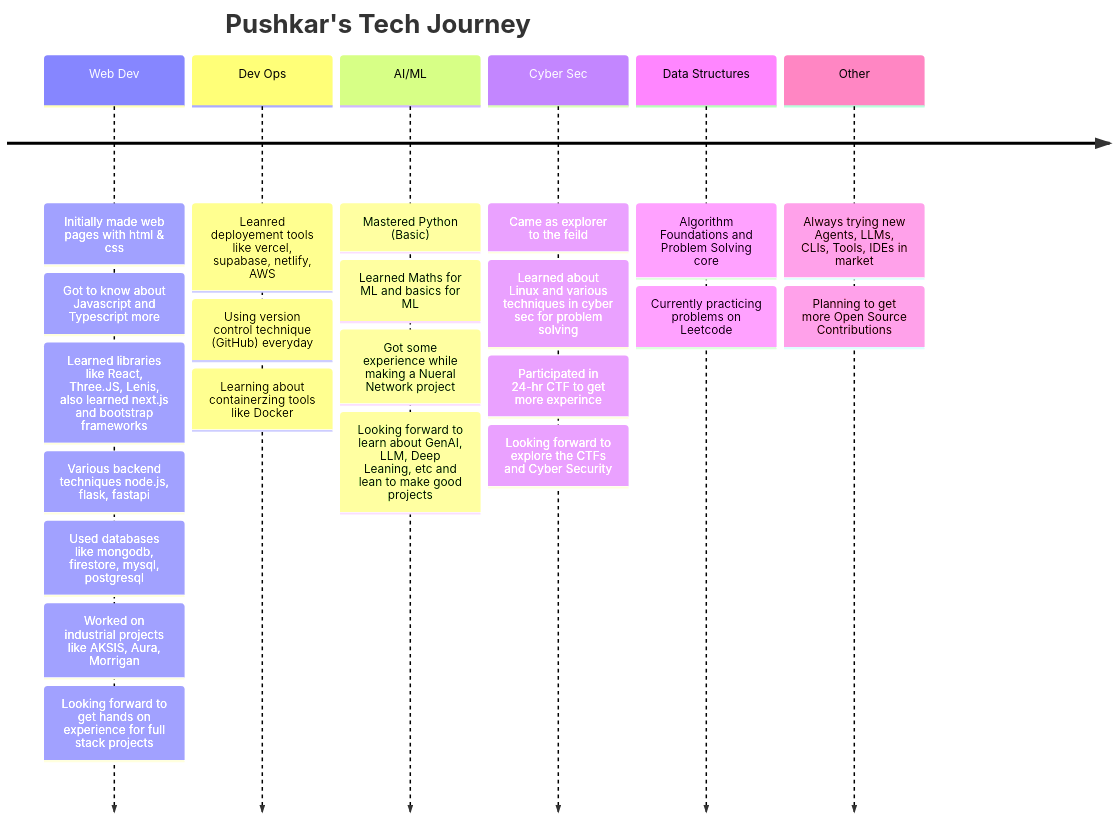
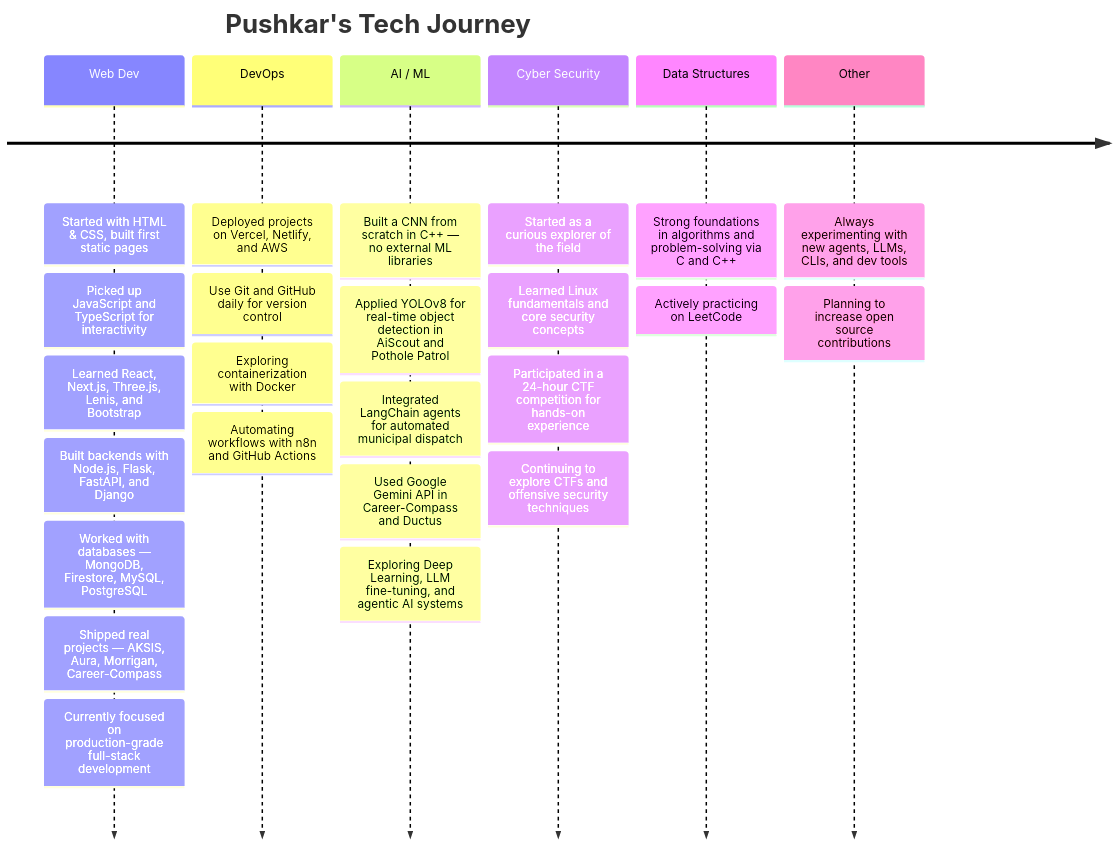
Before and after one commit to pushkar156/pushkar156: the diagram in README.md, drawn with Mermaid. The commit also changed other lines of this file, not shown here.

````diff
--- a/README.md
+++ b/README.md
@@ -217,32 +216,34 @@
 ```mermaid
 timeline
     title Pushkar's Tech Journey
     Web Dev
-        : Initially made web pages with html & css
-        : Got to know about Javascript and Typescript more
-        : Learned libraries like React, Three.JS, Lenis, also learned next.js and bootstrap frameworks
-        : Various backend techniques node.js, flask, fastapi
-        : Used databases like mongodb, firestore, mysql, postgresql
-        : Worked on industrial projects like AKSIS, Aura, Morrigan
-        : Looking forward to get hands on experience for full stack projects
-    Dev Ops
-        : Leanred deployement tools like vercel, supabase, netlify, AWS
-        : Using version control technique (GitHub) everyday
-        : Learning about containerzing tools like Docker
-    AI/ML
-        : Mastered Python (Basic)
-        : Learned Maths for ML and basics for ML
-        : Got some experience while making a Nueral Network project
-        : Looking forward to learn about GenAI, LLM, Deep Leaning, etc and lean to make good projects
-    Cyber Sec
-        : Came as explorer to the feild
-        : Learned about Linux and various techniques in cyber sec for problem solving
-        : Participated in 24-hr CTF to get more experince
-        : Looking forward to explore the CTFs and Cyber Security
+        : Started with HTML & CSS, built first static pages
+        : Picked up JavaScript and TypeScript for interactivity
+        : Learned React, Next.js, Three.js, Lenis, and Bootstrap
+        : Built backends with Node.js, Flask, FastAPI, and Django
+        : Worked with databases — MongoDB, Firestore, MySQL, PostgreSQL
+        : Shipped real projects — AKSIS, Aura, Morrigan, Career-Compass
+        : Currently focused on production-grade full-stack development
+    DevOps
+        : Deployed projects on Vercel, Netlify, and AWS
+        : Use Git and GitHub daily for version control
+        : Exploring containerization with Docker
+        : Automating workflows with n8n and GitHub Actions
+    AI / ML
+        : Built a CNN from scratch in C++ — no external ML libraries
+        : Applied YOLOv8 for real-time object detection in AiScout and Pothole Patrol
+        : Integrated LangChain agents for automated municipal dispatch
+        : Used Google Gemini API in Career-Compass and Ductus
+        : Exploring Deep Learning, LLM fine-tuning, and agentic AI systems
+    Cyber Security
+        : Started as a curious explorer of the field
+        : Learned Linux fundamentals and core security concepts
+        : Participated in a 24-hour CTF competition for hands-on experience
+        : Continuing to explore CTFs and offensive security techniques
     Data Structures
-        : Algorithm Foundations and Problem Solving core
-        : Currently practicing problems on Leetcode
+        : Strong foundations in algorithms and problem-solving via C and C++
+        : Actively practicing on LeetCode
     Other
-        : Always trying new Agents, LLMs, CLIs, Tools, IDEs in market
-        : Planning to get more Open Source Contributions
+        : Always experimenting with new agents, LLMs, CLIs, and dev tools
+        : Planning to increase open source contributions
 ```
````
